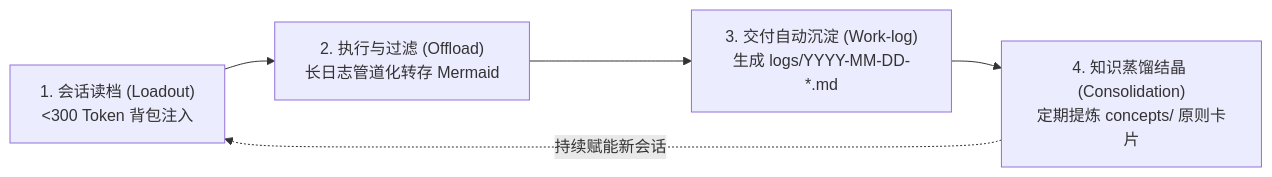
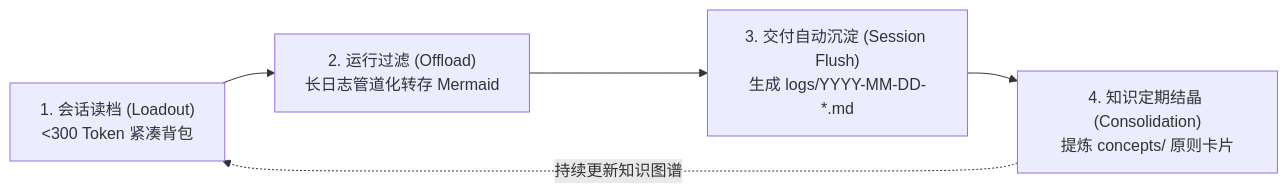
One commit to K0maru/k0maru-agent-memory changed the first of 2 diagrams in README.md. Above: the diagram before and after it, drawn with Mermaid. The commit also changed other lines of this file, not shown here.

````diff
--- a/README.md
+++ b/README.md
@@ -63,7 +73,7 @@
 ```mermaid
 flowchart LR
-    L0["1. 会话读档 (Loadout)<br/>&lt;300 Token 背包注入"] --> L1["2. 执行与过滤 (Offload)<br/>长日志管道化转存 Mermaid"]
-    L1 --> L2["3. 交付自动沉淀 (Work-log)<br/>生成 logs/YYYY-MM-DD-*.md"]
-    L2 --> L3["4. 知识蒸馏结晶 (Consolidation)<br/>定期提炼 concepts/ 原则卡片"]
-    L3 -.->|"持续赋能新会话"| L0
+    L0["1. 会话读档 (Loadout)<br/>&lt;300 Token 紧凑背包"] --> L1["2. 运行过滤 (Offload)<br/>长日志管道化转存 Mermaid"]
+    L1 --> L2["3. 交付自动沉淀 (Session Flush)<br/>生成 logs/YYYY-MM-DD-*.md"]
+    L2 --> L3["4. 知识定期结晶 (Consolidation)<br/>提炼 concepts/ 原则卡片"]
+    L3 -.->|"持续更新知识图谱"| L0
 ```
````
